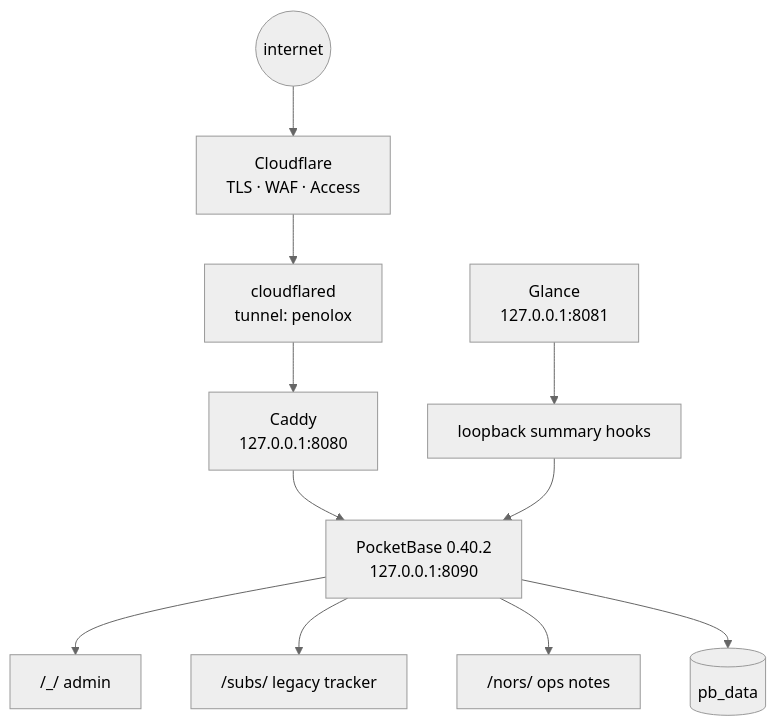
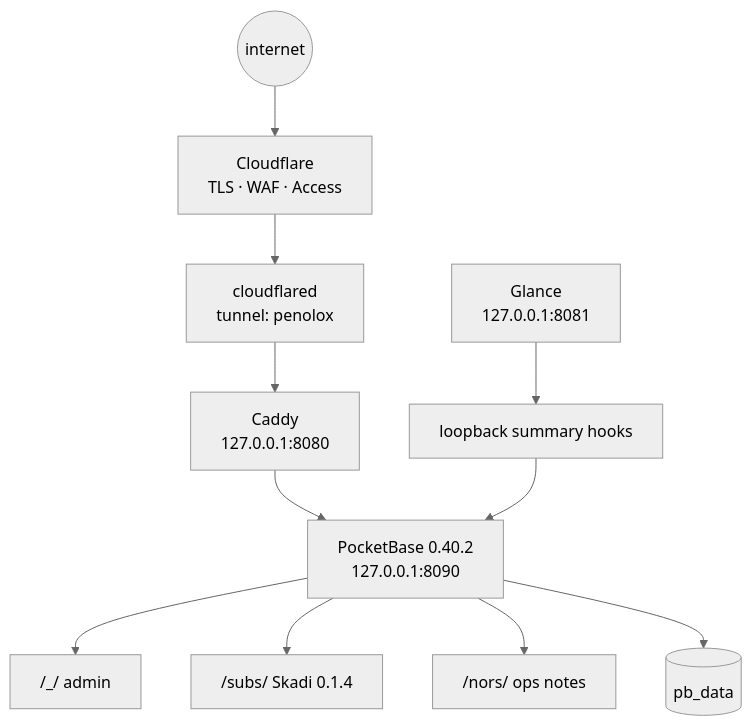
One commit to burakboduroglu/nors changed the diagram in seeds/penolox-server.md. Above: the diagram before and after it, drawn with Mermaid (neutral theme). The commit also changed other lines of this file and 1 other file, not shown here.

Commit message:
docs: correct live Skadi state

````diff
--- a/seeds/penolox-server.md
+++ b/seeds/penolox-server.md
@@ -18,13 +18,13 @@
 ```mermaid
 flowchart TB
     net((internet)) --> edge[Cloudflare<br>TLS · WAF · Access]
     edge --> tunnel[cloudflared<br>tunnel: penolox]
     tunnel --> caddy[Caddy<br>127.0.0.1:8080]
     caddy --> pb[PocketBase 0.40.2<br>127.0.0.1:8090]
     pb --> admin["/_/ admin"]
-    pb --> oldsubs["/subs/ legacy tracker"]
+    pb --> skadi["/subs/ Skadi 0.1.4"]
     pb --> nors["/nors/ ops notes"]
     pb --> data[(pb_data)]
     glance[Glance<br>127.0.0.1:8081] --> hooks[loopback summary hooks]
     hooks --> pb
 ```
````
